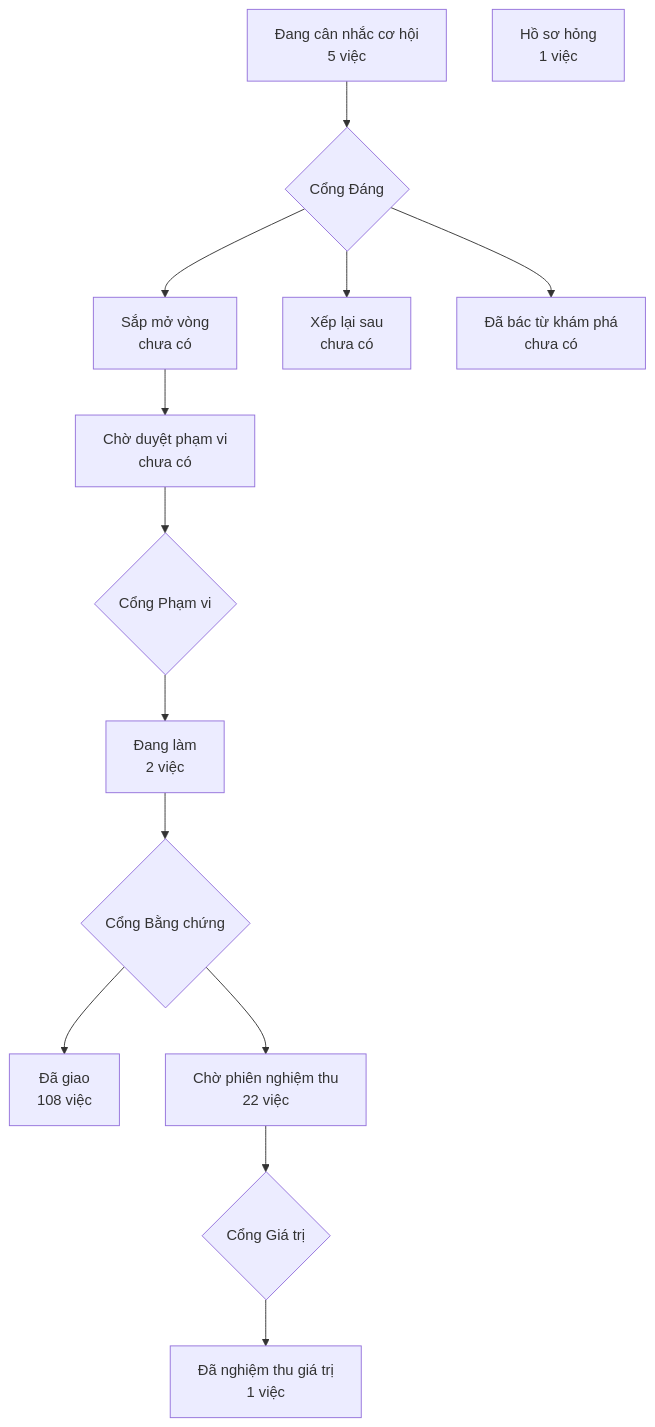
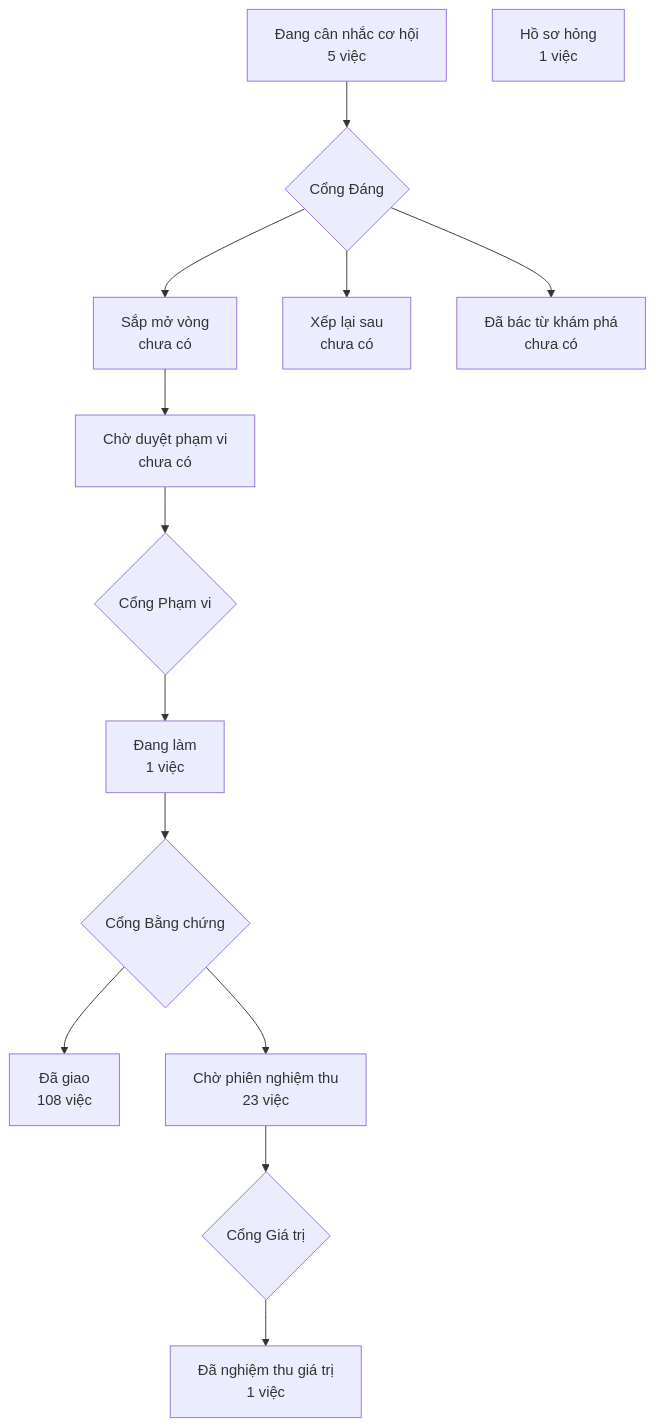
The diagram in PRODUCT-MAP.md (phanlemanh/crm-onehub), drawn with Mermaid before and after one commit. The commit also changed 3 other files, not shown here.

````diff
--- a/PRODUCT-MAP.md
+++ b/PRODUCT-MAP.md
@@ -6,13 +6,13 @@
 ```mermaid
 flowchart TD
   A["Đang cân nhắc cơ hội<br/>5 việc"] --> GD{"Cổng Đáng"}
   GD --> B["Sắp mở vòng<br/>chưa có"]
   GD --> XL["Xếp lại sau<br/>chưa có"]
   GD --> DB["Đã bác từ khám phá<br/>chưa có"]
   B --> CD["Chờ duyệt phạm vi<br/>chưa có"] --> GP{"Cổng Phạm vi"}
-  GP --> DL["Đang làm<br/>2 việc"] --> GB{"Cổng Bằng chứng"}
+  GP --> DL["Đang làm<br/>1 việc"] --> GB{"Cổng Bằng chứng"}
   GB --> DG["Đã giao<br/>108 việc"]
-  GB --> CN["Chờ phiên nghiệm thu<br/>22 việc"] --> GG{"Cổng Giá trị"}
+  GB --> CN["Chờ phiên nghiệm thu<br/>23 việc"] --> GG{"Cổng Giá trị"}
   GG --> NT["Đã nghiệm thu giá trị<br/>1 việc"]
   HS["Hồ sơ hỏng<br/>1 việc"]
 ```
````
